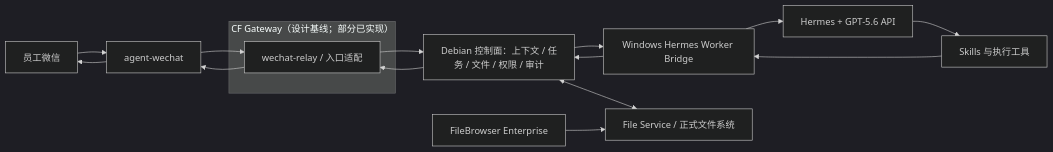
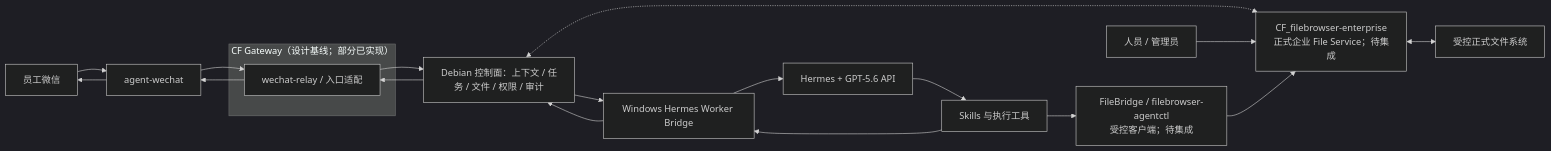
Before and after one commit to Tangbohu09527/CF_ecommerce-automation-docs: the first of 2 diagrams in 02_系统设计.md, drawn with Mermaid (dark theme). The commit also changed other lines of this file and 9 other files, not shown here.

Commit message:
docs: sync FileBrowser Enterprise V1 status

````diff
--- a/02_系统设计.md
+++ b/02_系统设计.md
@@ -7,15 +7,17 @@
 ```mermaid
 flowchart LR
     W["员工微信"] --> A["agent-wechat"]
     subgraph G["CF Gateway（设计基线；部分已实现）"]
         R["wechat-relay / 入口适配"]
     end
     A --> R
     R --> C["Debian 控制面：上下文 / 任务 / 文件 / 权限 / 审计"]
     C --> B["Windows Hermes Worker Bridge"]
     B --> H["Hermes + GPT-5.6 API"]
     H --> S["Skills 与执行工具"]
     S --> B --> C --> R --> A --> W
-    C <--> F["File Service / 正式文件系统"]
-    FB["FileBrowser Enterprise"] --> F
+    C <-.-> F["CF_filebrowser-enterprise<br/>正式企业 File Service；待集成"]
+    F <--> FS["受控正式文件系统"]
+    U["人员 / 管理员"] --> F
+    S --> FC["FileBridge / filebrowser-agentctl<br/>受控客户端；待集成"] --> F
 ```
````
